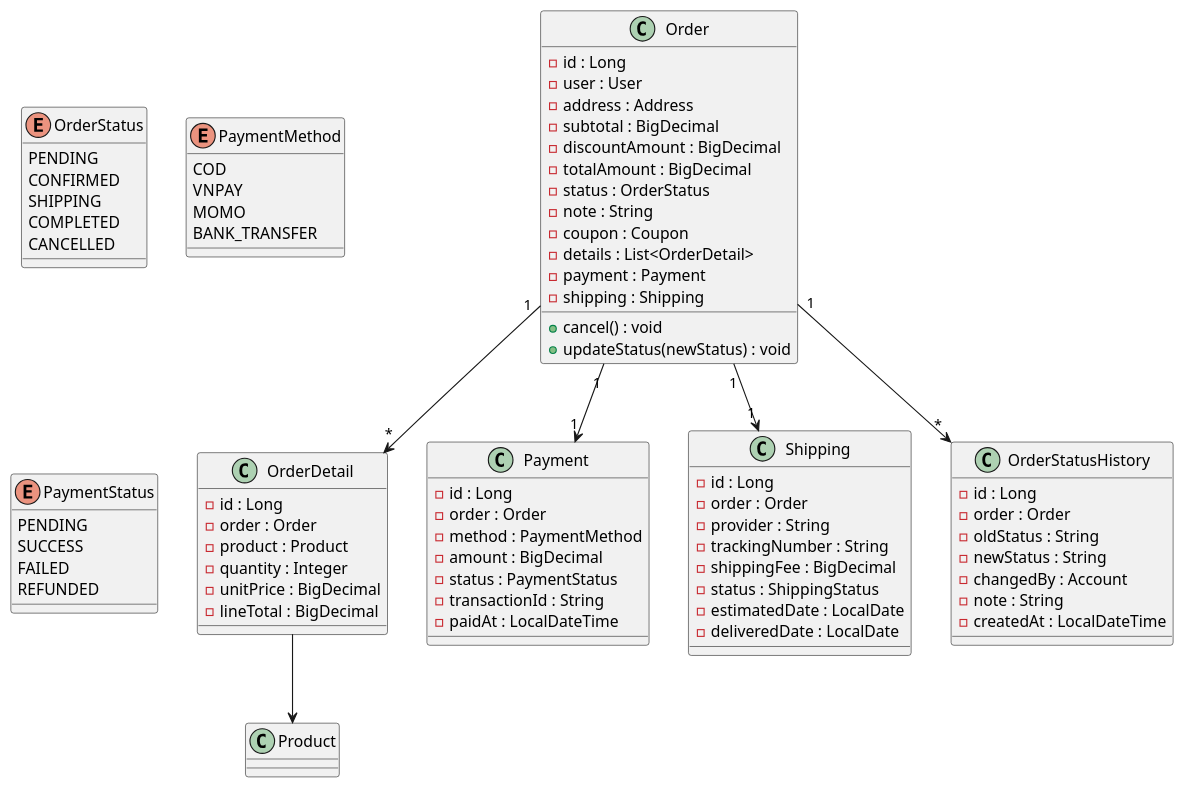
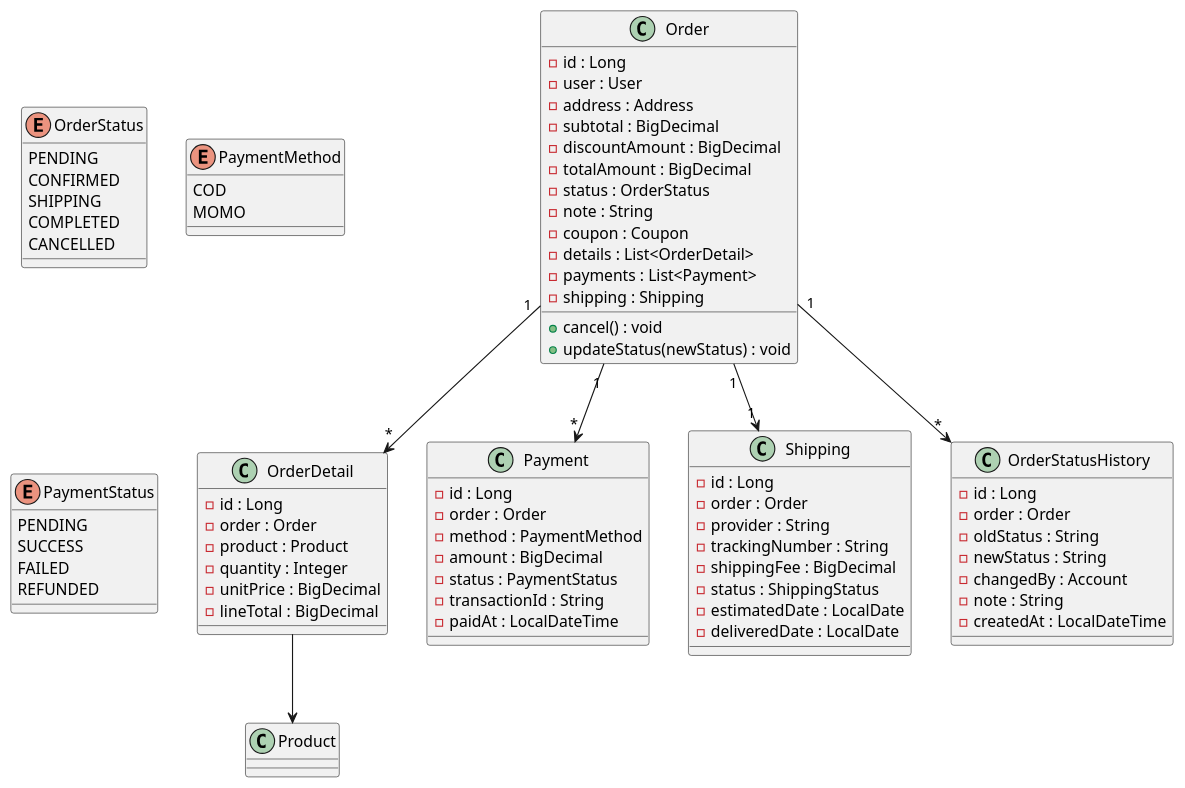
The sixth of 11 diagrams in docs/design.md (huuhieu56/PC-Parts-ECommerce), drawn with PlantUML before and after one commit. The commit also changed other lines of this file and 50 other files, not shown here.

```diff
--- a/docs/design.md
+++ b/docs/design.md
@@ -620,7 +680,7 @@
     - note : String
     - coupon : Coupon
     - details : List<OrderDetail>
-    - payment : Payment
+    - payments : List<Payment>
     - shipping : Shipping
     + cancel() : void
     + updateStatus(newStatus) : void
@@ -676,9 +736,7 @@
 
 enum PaymentMethod {
     COD
-    VNPAY
     MOMO
-    BANK_TRANSFER
 }
 
 enum PaymentStatus {
@@ -689,7 +747,7 @@
 }
 
 Order "1" --> "*" OrderDetail
-Order "1" --> "1" Payment
+Order "1" --> "*" Payment
 Order "1" --> "1" Shipping
 Order "1" --> "*" OrderStatusHistory
 OrderDetail --> Product
```
